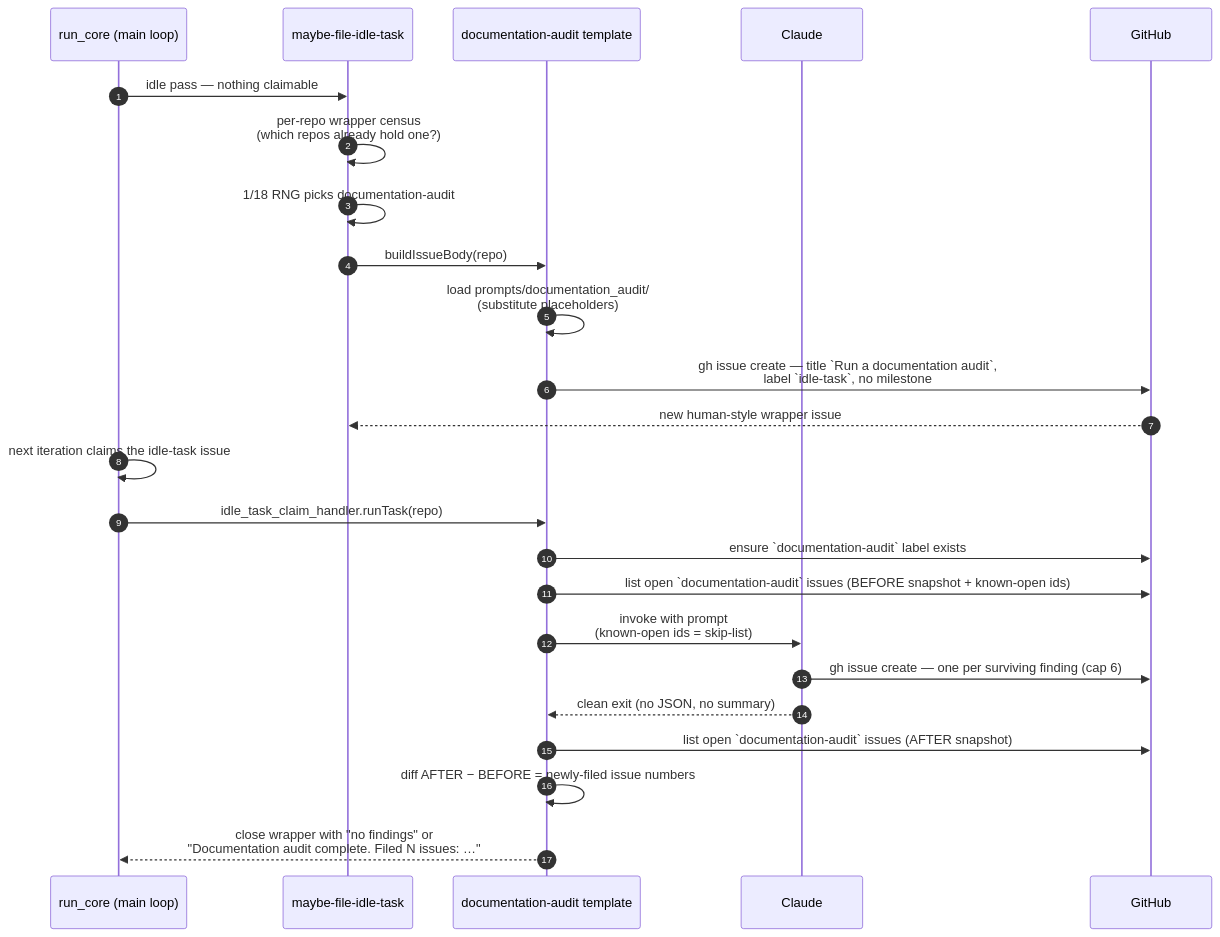
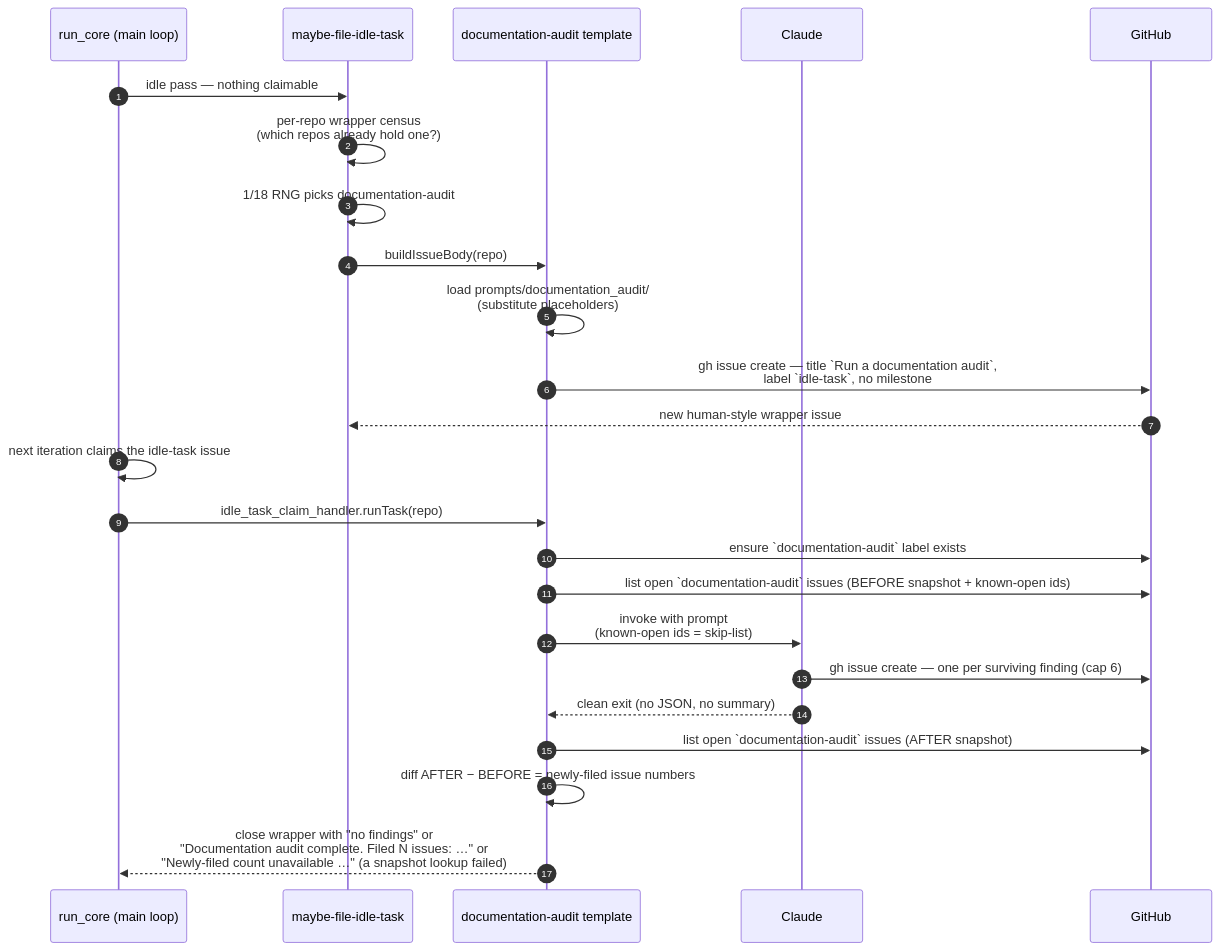
One commit to stSoftwareAU/VibeCoder changed the diagram in docs/DOCUMENTATION-AUDIT-SCAN.md. Above: the diagram before and after it, drawn with Mermaid. The commit also changed other lines of this file and 9 other files, not shown here.

````diff
--- a/docs/DOCUMENTATION-AUDIT-SCAN.md
+++ b/docs/DOCUMENTATION-AUDIT-SCAN.md
@@ -167,27 +167,27 @@
 ```mermaid
 sequenceDiagram
     autonumber
     participant Main as run_core (main loop)
     participant Filer as maybe-file-idle-task
     participant Template as documentation-audit template
     participant Claude
     participant GH as GitHub
 
     Main->>Filer: idle pass — nothing claimable
     Filer->>Filer: per-repo wrapper census<br/>(which repos already hold one?)
     Filer->>Filer: 1/18 RNG picks documentation-audit
     Filer->>Template: buildIssueBody(repo)
     Template->>Template: load prompts/documentation_audit/<br/>(substitute placeholders)
     Template->>GH: gh issue create — title `Run a documentation audit`,<br/>label `idle-task`, no milestone
     GH-->>Filer: new human-style wrapper issue
     Main->>Main: next iteration claims the idle-task issue
     Main->>Template: idle_task_claim_handler.runTask(repo)
     Template->>GH: ensure `documentation-audit` label exists
     Template->>GH: list open `documentation-audit` issues (BEFORE snapshot + known-open ids)
     Template->>Claude: invoke with prompt<br/>(known-open ids = skip-list)
     Claude->>GH: gh issue create — one per surviving finding (cap 6)
     Claude-->>Template: clean exit (no JSON, no summary)
     Template->>GH: list open `documentation-audit` issues (AFTER snapshot)
     Template->>Template: diff AFTER − BEFORE = newly-filed issue numbers
-    Template-->>Main: close wrapper with "no findings" or<br/>"Documentation audit complete. Filed N issues: …"
+    Template-->>Main: close wrapper with "no findings" or<br/>"Documentation audit complete. Filed N issues: …" or<br/>"Newly-filed count unavailable …" (a snapshot lookup failed)
 ```
````
